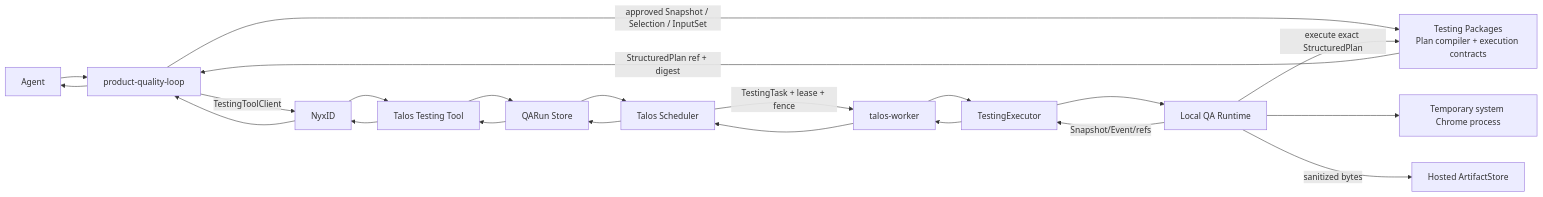
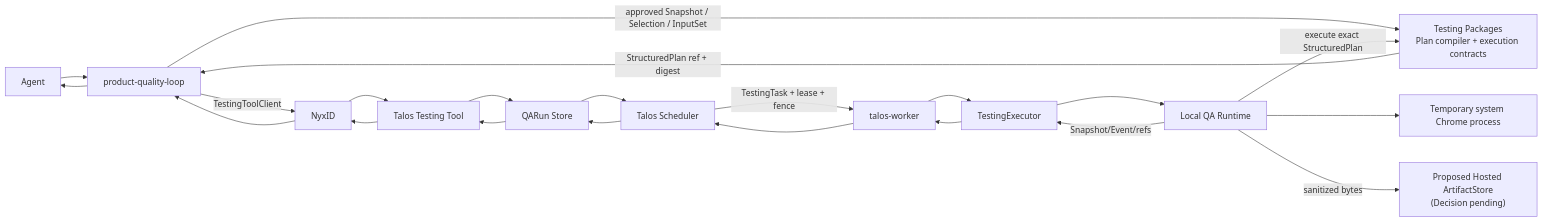
One commit to wanghuan-520/workflow-qa changed the first of 2 diagrams in design-proposals/talos-testing-tool-mvp-design.zh-CN.md. Above: the diagram before and after it, drawn with Mermaid. The commit also changed other lines of this file and 5 other files, not shown here.

```diff
--- a/design-proposals/talos-testing-tool-mvp-design.zh-CN.md
+++ b/design-proposals/talos-testing-tool-mvp-design.zh-CN.md
@@ -196,27 +198,27 @@
 ~~~mermaid
 flowchart LR
   A[Agent]
   PQL[product-quality-loop]
   N[NyxID]
   T[Talos Testing Tool]
   Q[QARun Store]
   S[Talos Scheduler]
   W[talos-worker]
   E[TestingExecutor]
   R[Local QA Runtime]
   P[Testing Packages<br/>Plan compiler + execution contracts]
   C[Temporary system Chrome process]
-  F[Hosted ArtifactStore]
+  F["Proposed Hosted ArtifactStore<br/>(Decision pending)"]
 
   A --> PQL
   PQL -->|approved Snapshot / Selection / InputSet| P
   P -->|StructuredPlan ref + digest| PQL
   PQL -->|TestingToolClient| N --> T
   T --> Q --> S
   S -->|TestingTask + lease + fence| W
   W --> E --> R
   R -->|execute exact StructuredPlan| P
   R --> C
   R -->|sanitized bytes| F
   R -->|Snapshot/Event/refs| E --> W --> S --> Q --> T --> N --> PQL --> A
 ~~~
```
